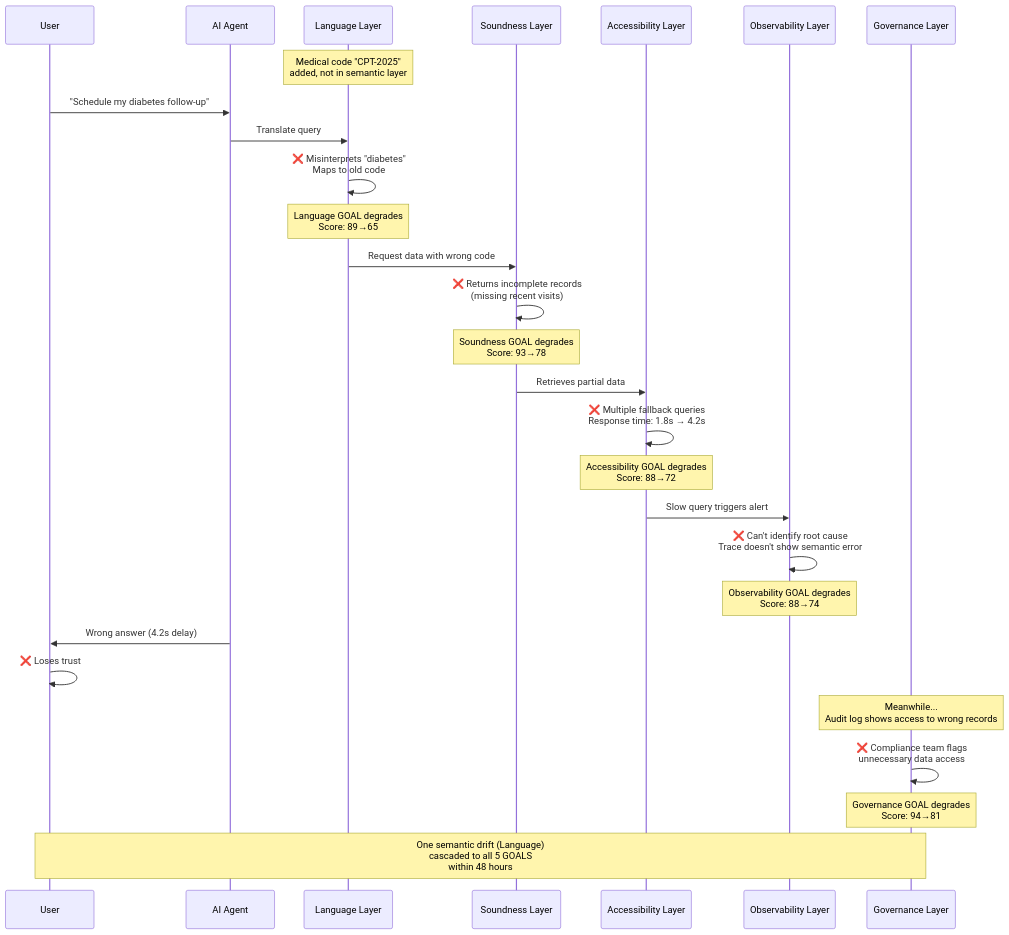
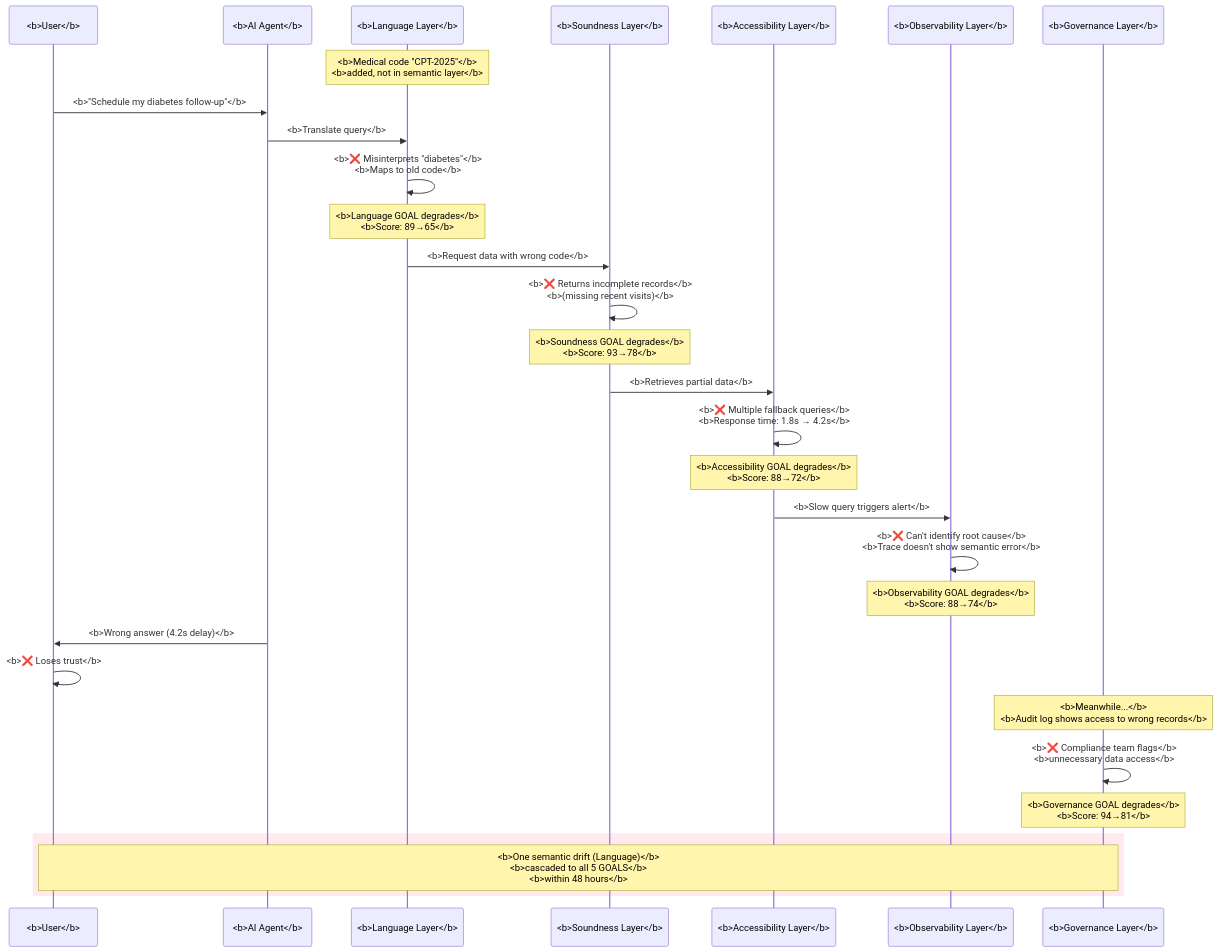
The tenth of 11 diagrams in chapter-02/chapter_2_complete.md (colaberry/enterprise-data-readiness-ai-agents), drawn with Mermaid before and after one commit. The commit also changed other lines of this file and 1 other file, not shown here.

````diff
--- a/chapter-02/chapter_2_complete.md
+++ b/chapter-02/chapter_2_complete.md
@@ -1410,38 +1451,40 @@
 ```mermaid
 sequenceDiagram
-    participant U as User
-    participant Agent as AI Agent
-    participant L as Language Layer
-    participant S as Soundness Layer
-    participant A as Accessibility Layer
-    participant O as Observability Layer
-    participant G as Governance Layer
+    participant U as <b>User</b>
+    participant Agent as <b>AI Agent</b>
+    participant L as <b>Language Layer</b>
+    participant S as <b>Soundness Layer</b>
+    participant A as <b>Accessibility Layer</b>
+    participant O as <b>Observability Layer</b>
+    participant G as <b>Governance Layer</b>
     
-    Note over L: Medical code "CPT-2025"<br/>added, not in semantic layer
+    Note over L: <b>Medical code "CPT-2025"</b><br/><b>added, not in semantic layer</b>
     
-    U->>Agent: "Schedule my diabetes follow-up"
-    Agent->>L: Translate query
-    L->>L: ❌ Misinterprets "diabetes"<br/>Maps to old code
-    Note over L: Language GOAL degrades<br/>Score: 89→65
+    U->>Agent: <b>"Schedule my diabetes follow-up"</b>
+    Agent->>L: <b>Translate query</b>
+    L->>L: <b>❌ Misinterprets "diabetes"</b><br/><b>Maps to old code</b>
+    Note over L: <b>Language GOAL degrades</b><br/><b>Score: 89→65</b>
     
-    L->>S: Request data with wrong code
-    S->>S: ❌ Returns incomplete records<br/>(missing recent visits)
-    Note over S: Soundness GOAL degrades<br/>Score: 93→78
+    L->>S: <b>Request data with wrong code</b>
+    S->>S: <b>❌ Returns incomplete records</b><br/><b>(missing recent visits)</b>
+    Note over S: <b>Soundness GOAL degrades</b><br/><b>Score: 93→78</b>
     
-    S->>A: Retrieves partial data
-    A->>A: ❌ Multiple fallback queries<br/>Response time: 1.8s → 4.2s
-    Note over A: Accessibility GOAL degrades<br/>Score: 88→72
+    S->>A: <b>Retrieves partial data</b>
+    A->>A: <b>❌ Multiple fallback queries</b><br/><b>Response time: 1.8s → 4.2s</b>
+    Note over A: <b>Accessibility GOAL degrades</b><br/><b>Score: 88→72</b>
     
-    A->>O: Slow query triggers alert
-    O->>O: ❌ Can't identify root cause<br/>Trace doesn't show semantic error
-    Note over O: Observability GOAL degrades<br/>Score: 88→74
+    A->>O: <b>Slow query triggers alert</b>
+    O->>O: <b>❌ Can't identify root cause</b><br/><b>Trace doesn't show semantic error</b>
+    Note over O: <b>Observability GOAL degrades</b><br/><b>Score: 88→74</b>
     
-    Agent->>U: Wrong answer (4.2s delay)
-    U->>U: ❌ Loses trust
+    Agent->>U: <b>Wrong answer (4.2s delay)</b>
+    U->>U: <b>❌ Loses trust</b>
     
-    Note over G: Meanwhile...<br/>Audit log shows access to wrong records
-    G->>G: ❌ Compliance team flags<br/>unnecessary data access
-    Note over G: Governance GOAL degrades<br/>Score: 94→81
+    Note over G: <b>Meanwhile...</b><br/><b>Audit log shows access to wrong records</b>
+    G->>G: <b>❌ Compliance team flags</b><br/><b>unnecessary data access</b>
+    Note over G: <b>Governance GOAL degrades</b><br/><b>Score: 94→81</b>
     
-    Note over U,G: One semantic drift (Language)<br/>cascaded to all 5 GOALS<br/>within 48 hours
+    rect rgb(255, 235, 238)
+        Note over U,G: <b>One semantic drift (Language)</b><br/><b>cascaded to all 5 GOALS</b><br/><b>within 48 hours</b>
+    end
 ```
````
